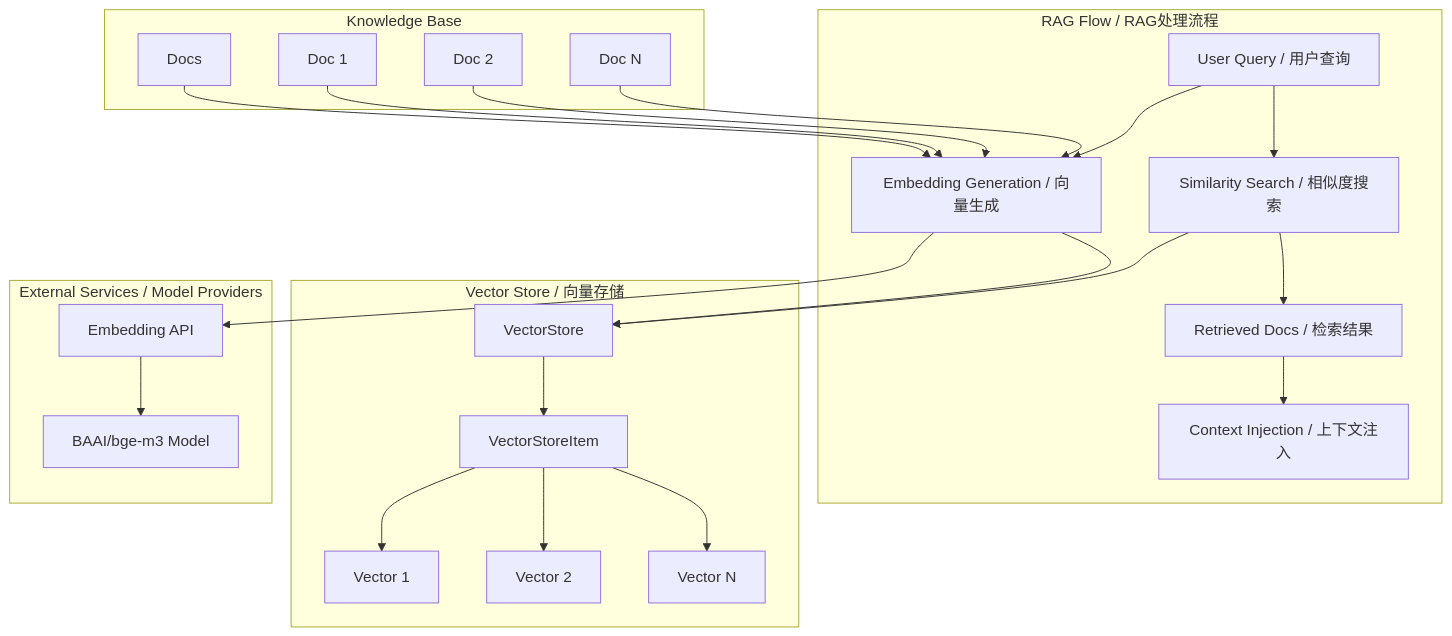
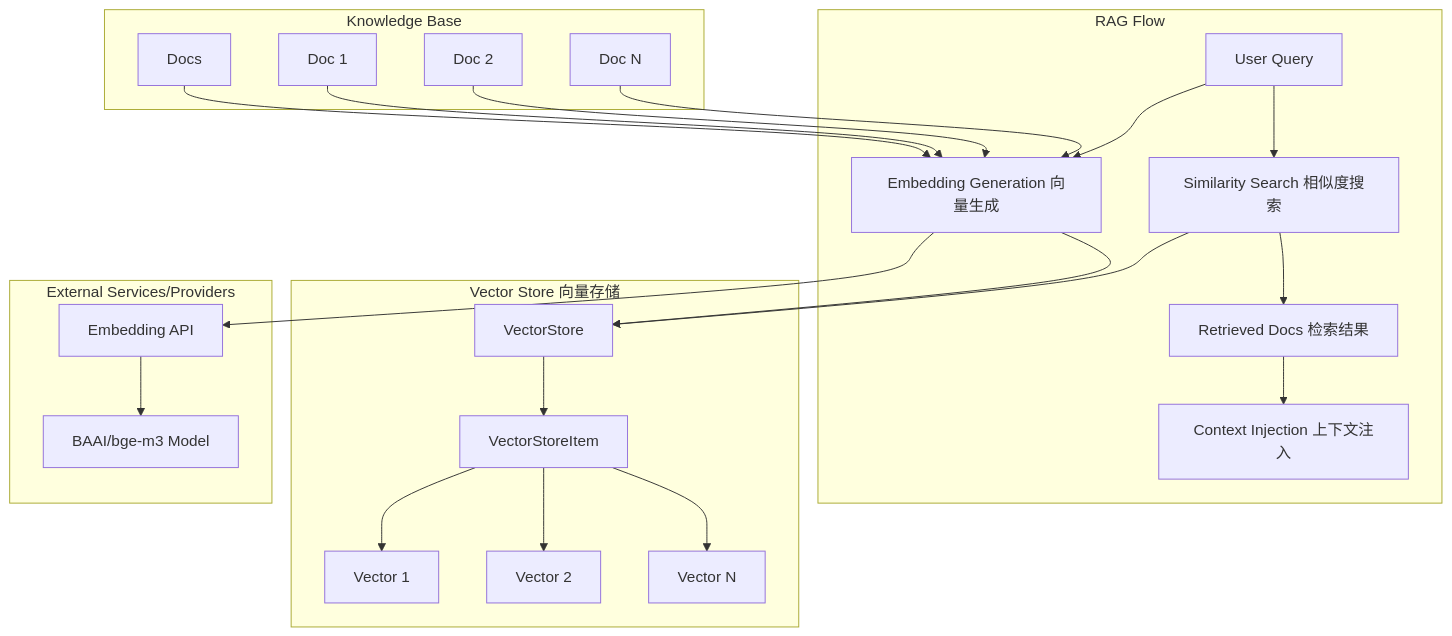
One commit to NEDONION/llm-mcp-rag-typescript changed the third of 6 diagrams in README.md. Above: the diagram before and after it, drawn with Mermaid. The commit also changed other lines of this file, not shown here.

Commit message:
doc: updated system graph

````diff
--- a/README.md
+++ b/README.md
@@ -125,47 +125,47 @@
 ```mermaid
 graph TB
-    subgraph "RAG Flow / RAG处理流程"
-        Q[User Query / 用户查询]
-        E[Embedding Generation / 向量生成]
-        S[Similarity Search / 相似度搜索]
-        R[Retrieved Docs / 检索结果]
-        C[Context Injection / 上下文注入]
+    subgraph "RAG Flow"
+        Q[User Query]
+        E[Embedding Generation 向量生成]
+        S[Similarity Search 相似度搜索]
+        R[Retrieved Docs 检索结果]
+        C[Context Injection 上下文注入]
     end
 
-    subgraph "Vector Store / 向量存储"
+    subgraph "Vector Store 向量存储"
         VS[VectorStore]
         VI[VectorStoreItem]
         V1[Vector 1]
         V2[Vector 2]
         VN[Vector N]
     end
 
     subgraph "Knowledge Base"
         KB[Docs]
         K1[Doc 1]
         K2[Doc 2]
         KN[Doc N]
     end
 
-    subgraph "External Services / Model Providers"
+    subgraph "External Services/Providers"
         EM[Embedding API]
         BGE[BAAI/bge-m3 Model]
     end
 
     Q --> E
     E --> EM
     EM --> BGE
     KB --> E
     K1 --> E
     K2 --> E
     KN --> E
     E --> VS
     VS --> VI
     VI --> V1
     VI --> V2
     VI --> VN
     Q --> S
     S --> VS
     S --> R
     R --> C
 ```
````
